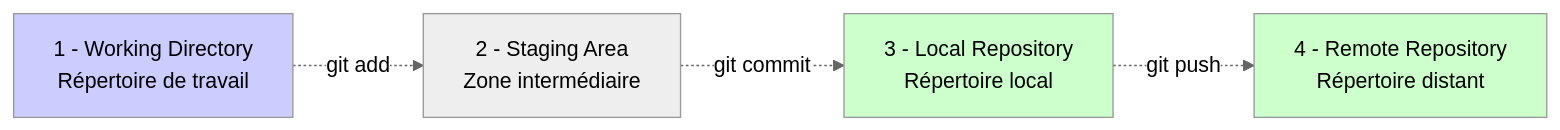
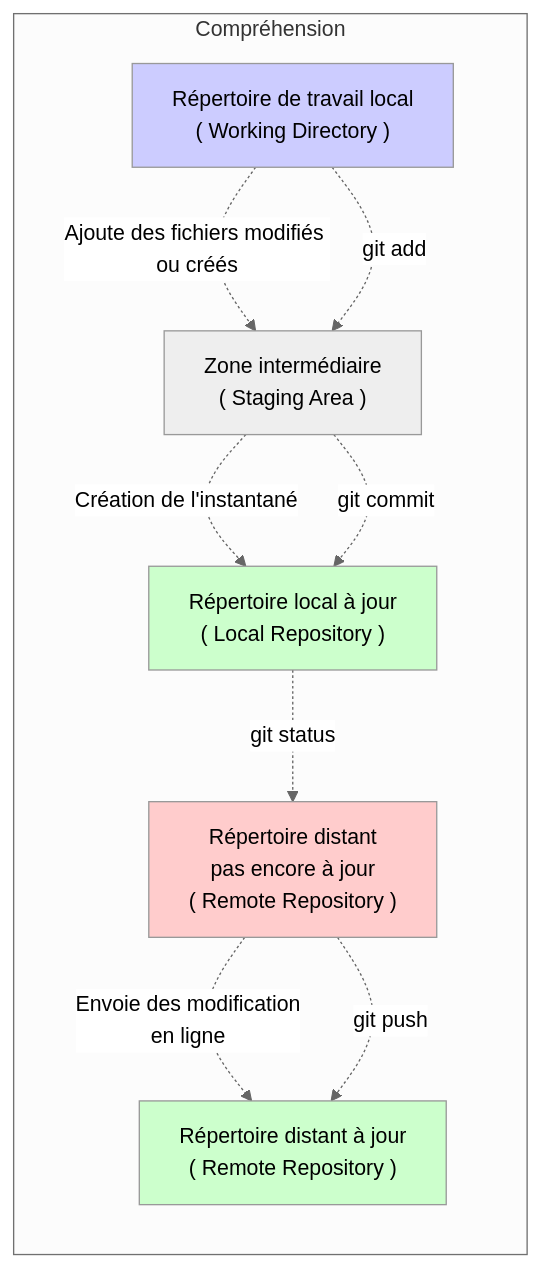
One commit to zyrass/omnyforge changed the fifth of 8 diagrams in docs/bases-fondamentales/outils/git/fondamentaux.mdx. Above: the diagram before and after it, drawn with Mermaid. The commit also changed other lines of this file and 1 other file, not shown here.

First line of the commit message:
doc: Add Git fondamentaux file

````diff
--- a/docs/bases-fondamentales/outils/git/fondamentaux.mdx
+++ b/docs/bases-fondamentales/outils/git/fondamentaux.mdx
@@ -391,14 +594,27 @@
 ```mermaid
 ---
 config:
     theme: 'neutral'
 ---
-flowchart LR
-    A[1 - Working Directory<br/>Répertoire de travail] -.->|git add| B[2 - Staging Area<br />Zone intermédiaire]
-    B -.->|git commit| C[3 - Local Repository<br />Répertoire local]
-    C -.->|git push| D[4 - Remote Repository<br />Répertoire distant]
+flowchart TB
+    A["Répertoire de travail local<br/>( Working Directory )"]
+    B["Zone intermédiaire <br /> ( Staging Area )"]
+    C["Répertoire local à jour<br />( Local Repository )"]
+    D["Répertoire distant<br />pas encore à jour<br /> ( Remote Repository )"]
+    E["Répertoire distant à jour<br /> ( Remote Repository )"]
+
+    subgraph Compréhension
+        direction TB
+        A -.->|Ajoute des fichiers modifiés ou créés| B
+        A -.->|git add| B
+        B -.->|Création de l'instantané| C -.->|git status| D
+        B -.->|git commit| C
+        D -.->|"Envoie des modification<br />en ligne"| E
+        D -.->|git push| E
+    end
 
     style A fill:#ccccff
     style C fill:#ccffcc
-    style D fill:#ccffcc
+    style E fill:#ccffcc
+    style D fill:#ffcccc
 ```
````
